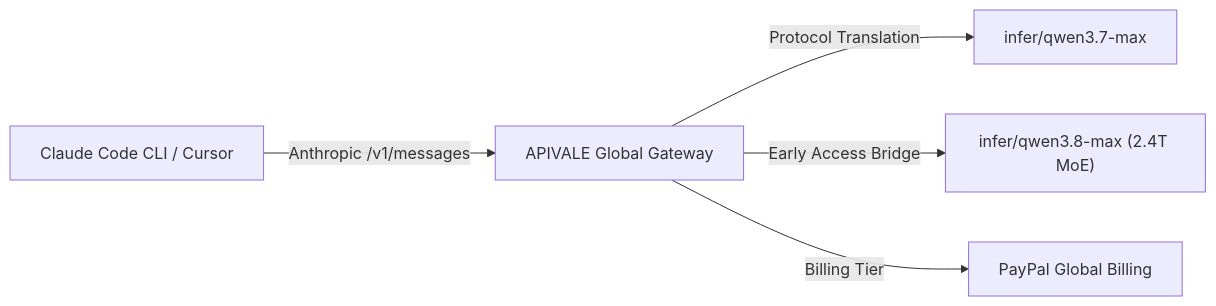
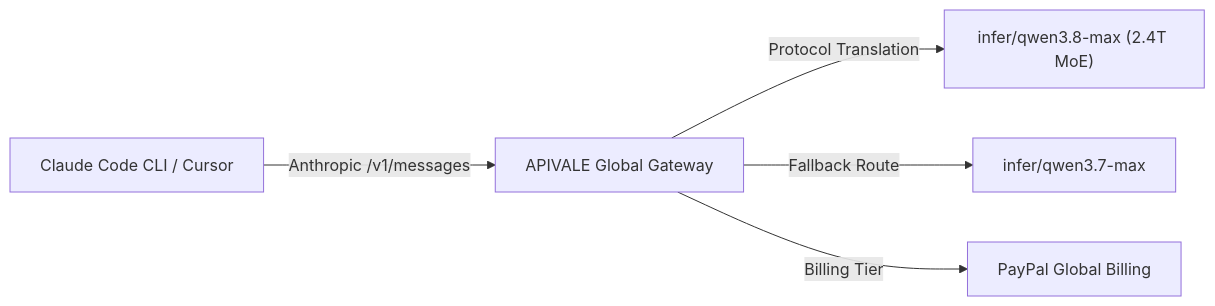
One commit to bshx2024/apivel_blog changed the diagram in src/content/blog/how-to-connect-qwen-3-8-to-claude-code-cli.md. Above: the diagram before and after it, drawn with Mermaid. The commit also changed other lines of this file and 3 other files, not shown here.

````diff
--- a/src/content/blog/how-to-connect-qwen-3-8-to-claude-code-cli.md
+++ b/src/content/blog/how-to-connect-qwen-3-8-to-claude-code-cli.md
@@ -49,7 +49,7 @@
 ```mermaid
 graph LR
     A["Claude Code CLI / Cursor"] -->|Anthropic /v1/messages| B["APIVALE Global Gateway"]
-    B -->|Protocol Translation| C["infer/qwen3.7-max"]
-    B -->|Early Access Bridge| D["infer/qwen3.8-max (2.4T MoE)"]
+    B -->|Protocol Translation| C["infer/qwen3.8-max (2.4T MoE)"]
+    B -->|Fallback Route| D["infer/qwen3.7-max"]
     B -->|Billing Tier| E["PayPal Global Billing"]
 ```
````
